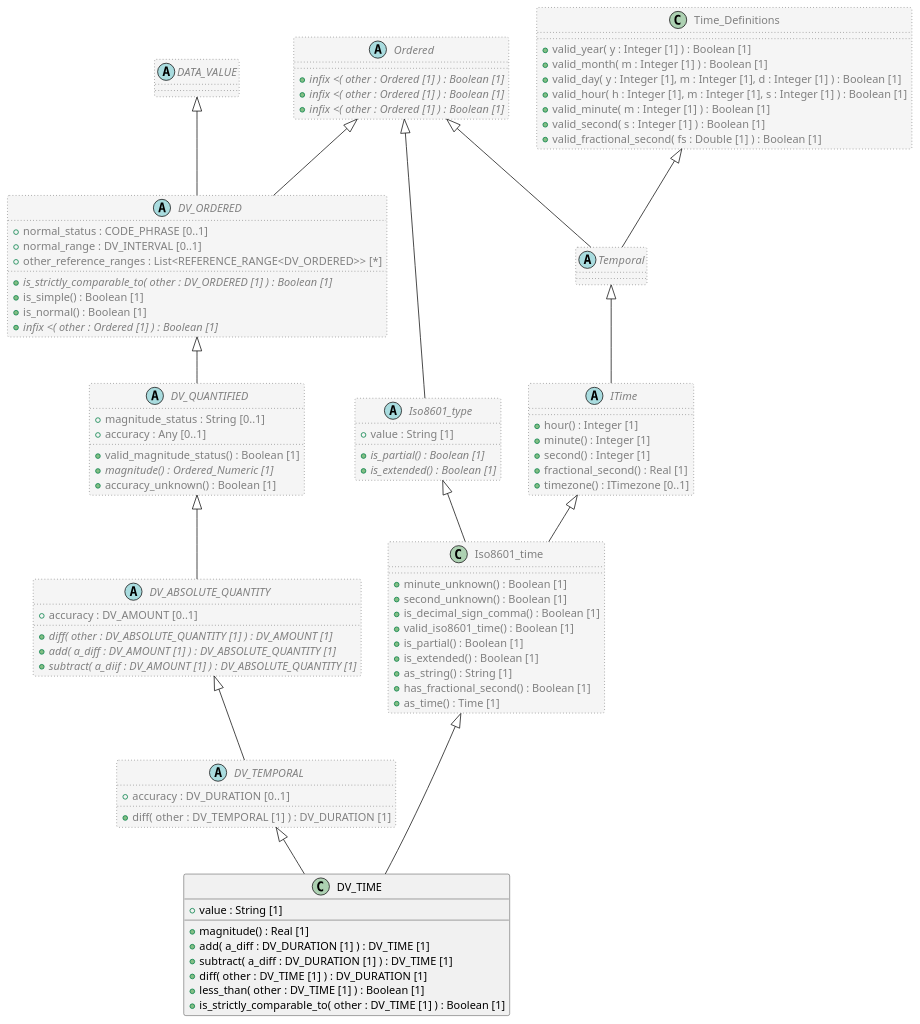
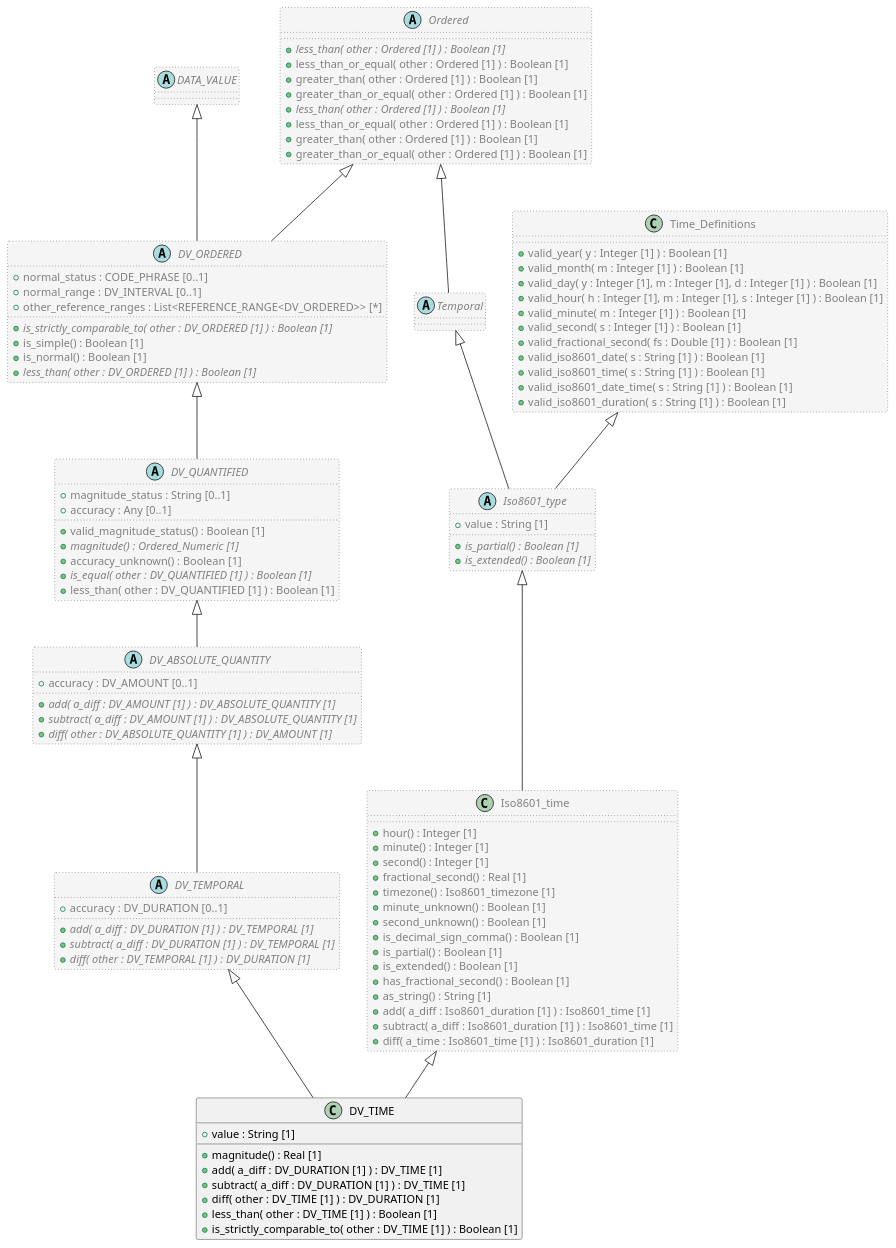
One commit to sebastian-iancu/code-generator changed the diagram in code/Adoc/openehr_rm_1.2.0/plantUML/classes/org.openehr.rm.data_types.dv_time.adoc. Above: the diagram before and after it, drawn with PlantUML. The commit also changed 719 other files, not shown here.

```diff
--- a/code/Adoc/openehr_rm_1.2.0/plantUML/classes/org.openehr.rm.data_types.dv_time.adoc
+++ b/code/Adoc/openehr_rm_1.2.0/plantUML/classes/org.openehr.rm.data_types.dv_time.adoc
@@ -14,14 +14,16 @@
 
 abstract class DV_TEMPORAL  #whitesmoke;line:gray;line.dotted;text:gray {
   + accuracy : DV_DURATION [0..1]
-  + diff( other : DV_TEMPORAL [1] ) : DV_DURATION [1]
+  + {abstract} add( a_diff : DV_DURATION [1] ) : DV_TEMPORAL [1]
+  + {abstract} subtract( a_diff : DV_DURATION [1] ) : DV_TEMPORAL [1]
+  + {abstract} diff( other : DV_TEMPORAL [1] ) : DV_DURATION [1]
 }
 
 abstract class DV_ABSOLUTE_QUANTITY  #whitesmoke;line:gray;line.dotted;text:gray {
   + accuracy : DV_AMOUNT [0..1]
+  + {abstract} add( a_diff : DV_AMOUNT [1] ) : DV_ABSOLUTE_QUANTITY [1]
+  + {abstract} subtract( a_diff : DV_AMOUNT [1] ) : DV_ABSOLUTE_QUANTITY [1]
   + {abstract} diff( other : DV_ABSOLUTE_QUANTITY [1] ) : DV_AMOUNT [1]
-  + {abstract} add( a_diff : DV_AMOUNT [1] ) : DV_ABSOLUTE_QUANTITY [1]
-  + {abstract} subtract( a_diif : DV_AMOUNT [1] ) : DV_ABSOLUTE_QUANTITY [1]
 }
 
 abstract class DV_QUANTIFIED  #whitesmoke;line:gray;line.dotted;text:gray {
@@ -30,6 +32,8 @@
   + valid_magnitude_status() : Boolean [1]
   + {abstract} magnitude() : Ordered_Numeric [1]
   + accuracy_unknown() : Boolean [1]
+  + {abstract} is_equal( other : DV_QUANTIFIED [1] ) : Boolean [1]
+  + less_than( other : DV_QUANTIFIED [1] ) : Boolean [1]
 }
 
 abstract class DV_ORDERED  #whitesmoke;line:gray;line.dotted;text:gray {
@@ -39,7 +43,7 @@
   + {abstract} is_strictly_comparable_to( other : DV_ORDERED [1] ) : Boolean [1]
   + is_simple() : Boolean [1]
   + is_normal() : Boolean [1]
-  + {abstract} infix <( other : Ordered [1] ) : Boolean [1]
+  + {abstract} less_than( other : DV_ORDERED [1] ) : Boolean [1]
 }
 
 abstract class DATA_VALUE  #whitesmoke;line:gray;line.dotted;text:gray {
@@ -48,7 +52,10 @@
 DATA_VALUE <|-- DV_ORDERED
 
 abstract class Ordered  #whitesmoke;line:gray;line.dotted;text:gray {
-  + {abstract} infix <( other : Ordered [1] ) : Boolean [1]
+  + {abstract} less_than( other : Ordered [1] ) : Boolean [1]
+  + less_than_or_equal( other : Ordered [1] ) : Boolean [1]
+  + greater_than( other : Ordered [1] ) : Boolean [1]
+  + greater_than_or_equal( other : Ordered [1] ) : Boolean [1]
 }
 
 Ordered <|-- DV_ORDERED
@@ -62,15 +69,21 @@
 DV_TEMPORAL <|-- DV_TIME
 
 class Iso8601_time  #whitesmoke;line:gray;line.dotted;text:gray {
+  + hour() : Integer [1]
+  + minute() : Integer [1]
+  + second() : Integer [1]
+  + fractional_second() : Real [1]
+  + timezone() : Iso8601_timezone [1]
   + minute_unknown() : Boolean [1]
   + second_unknown() : Boolean [1]
   + is_decimal_sign_comma() : Boolean [1]
-  + valid_iso8601_time() : Boolean [1]
   + is_partial() : Boolean [1]
   + is_extended() : Boolean [1]
+  + has_fractional_second() : Boolean [1]
   + as_string() : String [1]
-  + has_fractional_second() : Boolean [1]
-  + as_time() : Time [1]
+  + add( a_diff : Iso8601_duration [1] ) : Iso8601_time [1]
+  + subtract( a_diff : Iso8601_duration [1] ) : Iso8601_time [1]
+  + diff( a_time : Iso8601_time [1] ) : Iso8601_duration [1]
 }
 
 abstract class Iso8601_type  #whitesmoke;line:gray;line.dotted;text:gray {
@@ -79,30 +92,19 @@
   + {abstract} is_extended() : Boolean [1]
 }
 
-abstract class Ordered  #whitesmoke;line:gray;line.dotted;text:gray {
-  + {abstract} infix <( other : Ordered [1] ) : Boolean [1]
-}
-
-Ordered <|-- Iso8601_type
-
-Iso8601_type <|-- Iso8601_time
-
-abstract class ITime  #whitesmoke;line:gray;line.dotted;text:gray {
-  + hour() : Integer [1]
-  + minute() : Integer [1]
-  + second() : Integer [1]
-  + fractional_second() : Real [1]
-  + timezone() : ITimezone [0..1]
-}
-
 abstract class Temporal  #whitesmoke;line:gray;line.dotted;text:gray {
 }
 
 abstract class Ordered  #whitesmoke;line:gray;line.dotted;text:gray {
-  + {abstract} infix <( other : Ordered [1] ) : Boolean [1]
+  + {abstract} less_than( other : Ordered [1] ) : Boolean [1]
+  + less_than_or_equal( other : Ordered [1] ) : Boolean [1]
+  + greater_than( other : Ordered [1] ) : Boolean [1]
+  + greater_than_or_equal( other : Ordered [1] ) : Boolean [1]
 }
 
 Ordered <|-- Temporal
+
+Temporal <|-- Iso8601_type
 
 class Time_Definitions  #whitesmoke;line:gray;line.dotted;text:gray {
   + valid_year( y : Integer [1] ) : Boolean [1]
@@ -112,13 +114,15 @@
   + valid_minute( m : Integer [1] ) : Boolean [1]
   + valid_second( s : Integer [1] ) : Boolean [1]
   + valid_fractional_second( fs : Double [1] ) : Boolean [1]
+  + valid_iso8601_date( s : String [1] ) : Boolean [1]
+  + valid_iso8601_time( s : String [1] ) : Boolean [1]
+  + valid_iso8601_date_time( s : String [1] ) : Boolean [1]
+  + valid_iso8601_duration( s : String [1] ) : Boolean [1]
 }
 
-Time_Definitions <|-- Temporal
+Time_Definitions <|-- Iso8601_type
 
-Temporal <|-- ITime
-
-ITime <|-- Iso8601_time
+Iso8601_type <|-- Iso8601_time
 
 Iso8601_time <|-- DV_TIME
 
```
